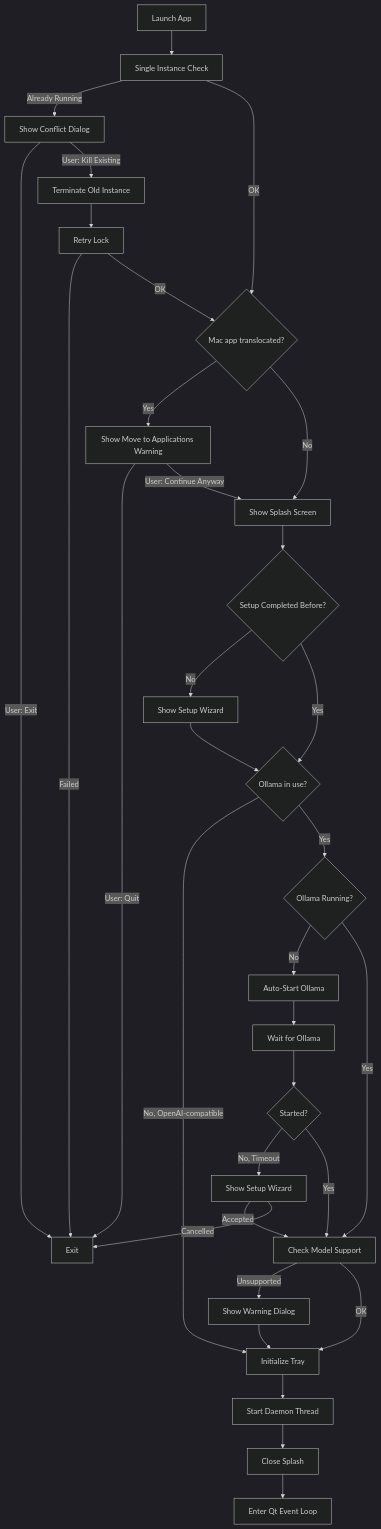
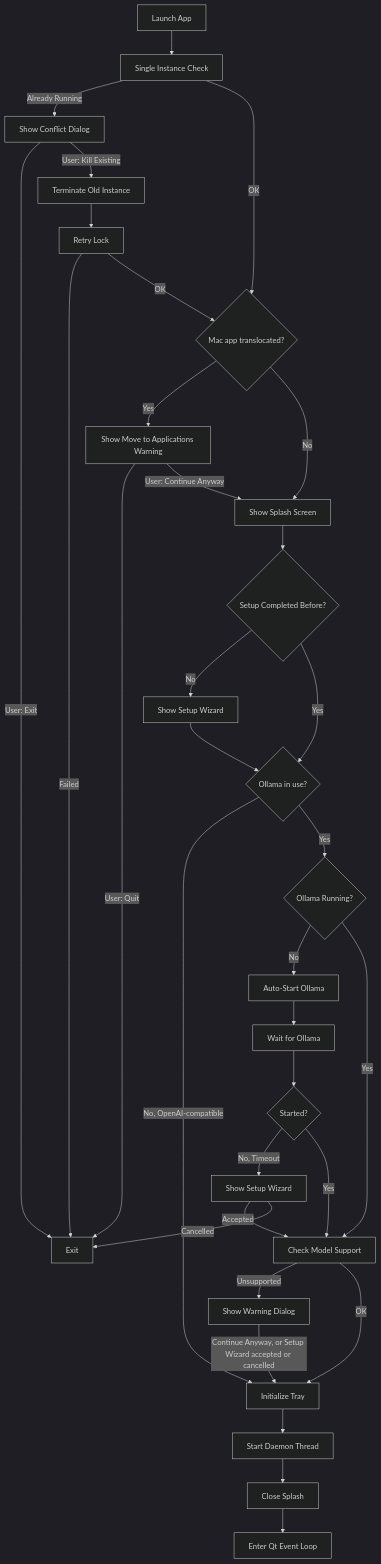
One commit to oweber3/Jarvis changed the first of 2 diagrams in src/desktop_app/desktop_app.spec.md. Above: the diagram before and after it, drawn with Mermaid (dark theme). The commit also changed other lines of this file and 2 other files, not shown here.

Commit message:
fix(desktop): keep starting when the wizard from the model warning is cancelled
Cancelling the setup wizard opened from the unsupported-model warning
quit Jarvis, although the spec says the warning always continues to the
tray. The warning now lives in _warn_if_unsupported_model, which hides
the splash while it and any wizard are open and always lets start-up
continue with the configured model.

````diff
--- a/src/desktop_app/desktop_app.spec.md
+++ b/src/desktop_app/desktop_app.spec.md
@@ -41,35 +41,35 @@
 ```mermaid
 flowchart TD
     A[Launch App] --> B[Single Instance Check]
     B -->|Already Running| B2[Show Conflict Dialog]
     B2 -->|User: Exit| Z[Exit]
     B2 -->|User: Kill Existing| B3[Terminate Old Instance]
     B3 --> B4[Retry Lock]
     B4 -->|Failed| Z
     B4 -->|OK| T
     B -->|OK| T{Mac app translocated?}
     T -->|Yes| T2[Show Move to Applications Warning]
     T2 -->|User: Quit| Z
     T2 -->|User: Continue Anyway| C
     T -->|No| C[Show Splash Screen]
     C --> D{Setup Completed Before?}
     D -->|No| E[Show Setup Wizard]
     D -->|Yes| PR{Ollama in use?}
     E --> PR
     PR -->|No, OpenAI-compatible| M[Initialize Tray]
     PR -->|Yes| F{Ollama Running?}
     F -->|No| G[Auto-Start Ollama]
     G --> H[Wait for Ollama]
     H --> I{Started?}
     I -->|No, Timeout| W[Show Setup Wizard]
     W -->|Accepted| K[Check Model Support]
     W -->|Cancelled| Z[Exit]
     I -->|Yes| K[Check Model Support]
     F -->|Yes| K
     K -->|Unsupported| L[Show Warning Dialog]
     K -->|OK| M[Initialize Tray]
-    L --> M
+    L -->|Continue Anyway, or Setup Wizard accepted or cancelled| M
     M --> N[Start Daemon Thread]
     N --> O[Close Splash]
     O --> P[Enter Qt Event Loop]
 ```
````
